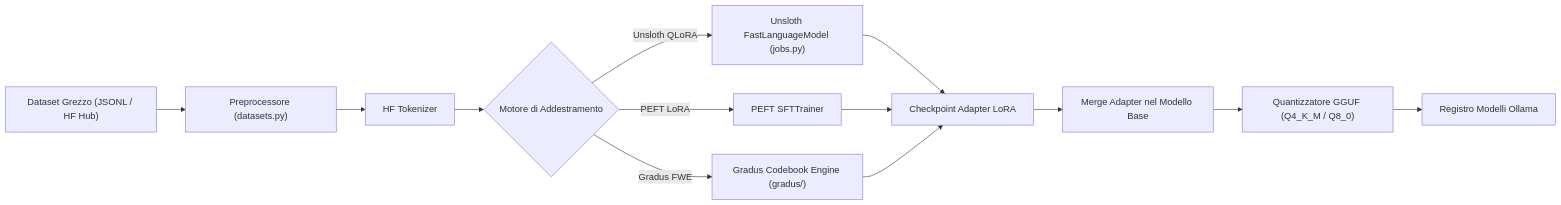
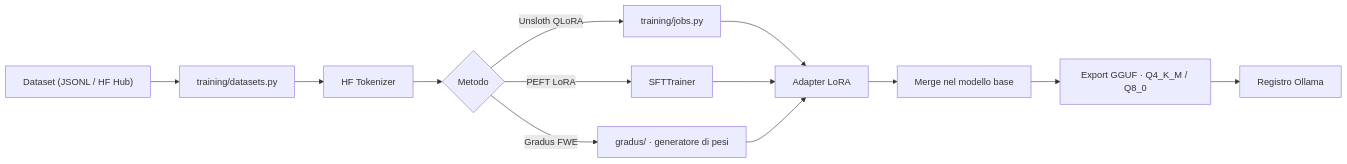
The fourth of 4 diagrams in architettura.md (Sigmanih/SigmaStudio), drawn with Mermaid before and after one commit. The commit also changed other lines of this file and 2 other files, not shown here.

````diff
--- a/architettura.md
+++ b/architettura.md
@@ -234,18 +277,18 @@
 ```mermaid
 graph LR
-    Dataset["Dataset Grezzo (JSONL / HF Hub)"] --> Preproc["Preprocessore (datasets.py)"]
+    Dataset["Dataset (JSONL / HF Hub)"] --> Preproc["training/datasets.py"]
     Preproc --> Tokenizer["HF Tokenizer"]
-    Tokenizer --> EngineSelector{"Motore di Addestramento"}
+    Tokenizer --> EngineSelector{"Metodo"}
 
-    EngineSelector -->|Unsloth QLoRA| Unsloth["Unsloth FastLanguageModel (jobs.py)"]
-    EngineSelector -->|PEFT LoRA| PEFT["PEFT SFTTrainer"]
-    EngineSelector -->|Gradus FWE| FWE["Gradus Codebook Engine (gradus/)"]
+    EngineSelector -->|Unsloth QLoRA| Unsloth["training/jobs.py"]
+    EngineSelector -->|PEFT LoRA| PEFT["SFTTrainer"]
+    EngineSelector -->|Gradus FWE| FWE["gradus/ · generatore di pesi"]
 
-    Unsloth --> Checkpoint["Checkpoint Adapter LoRA"]
+    Unsloth --> Checkpoint["Adapter LoRA"]
     PEFT --> Checkpoint
     FWE --> Checkpoint
 
-    Checkpoint --> Merge["Merge Adapter nel Modello Base"]
-    Merge --> Quant["Quantizzatore GGUF (Q4_K_M / Q8_0)"]
-    Quant --> OllamaReg["Registro Modelli Ollama"]
+    Checkpoint --> Merge["Merge nel modello base"]
+    Merge --> Quant["Export GGUF · Q4_K_M / Q8_0"]
+    Quant --> OllamaReg["Registro Ollama"]
 ```
````
